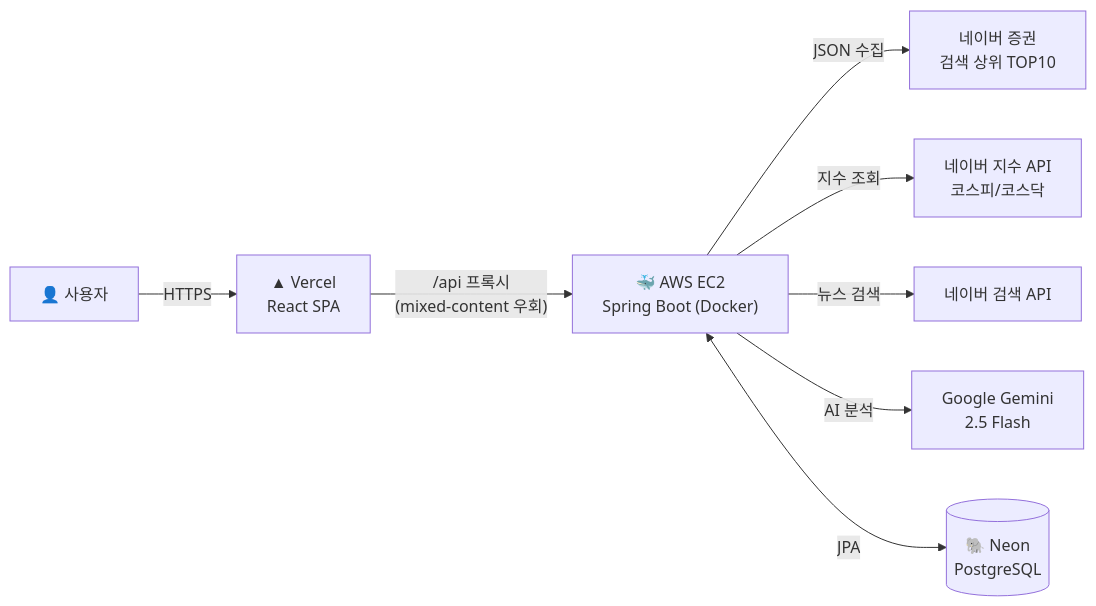
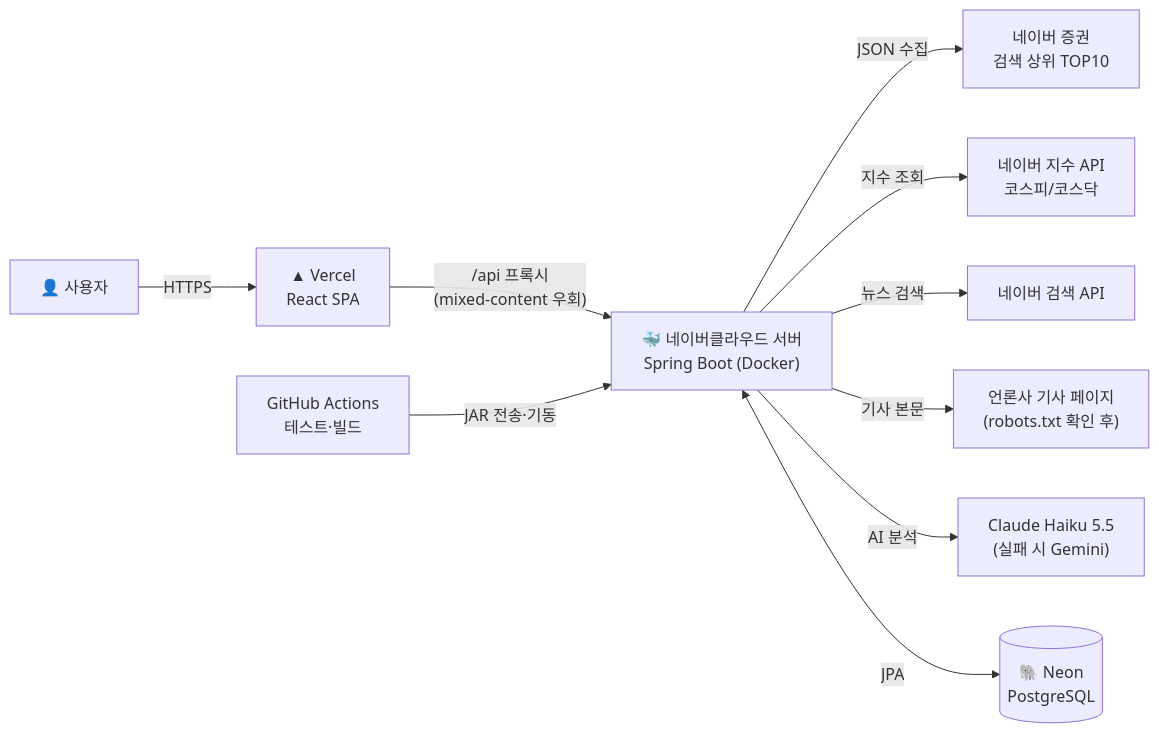
Before and after one commit to zizonpubao/AI_stock_news: the first of 3 diagrams in README.md, drawn with Mermaid. The commit also changed other lines of this file and 2 other files, not shown here.

````diff
--- a/README.md
+++ b/README.md
@@ -166,10 +181,12 @@
 ```mermaid
 flowchart LR
     U["👤 사용자"] -->|HTTPS| V["▲ Vercel<br/>React SPA"]
-    V -->|"/api 프록시<br/>(mixed-content 우회)"| E["🐳 AWS EC2<br/>Spring Boot (Docker)"]
+    V -->|"/api 프록시<br/>(mixed-content 우회)"| E["🐳 네이버클라우드 서버<br/>Spring Boot (Docker)"]
     E -->|JSON 수집| NF["네이버 증권<br/>검색 상위 TOP10"]
     E -->|지수 조회| IDX["네이버 지수 API<br/>코스피/코스닥"]
     E -->|뉴스 검색| NN["네이버 검색 API"]
-    E -->|AI 분석| G["Google Gemini<br/>2.5 Flash"]
+    E -->|기사 본문| PUB["언론사 기사 페이지<br/>(robots.txt 확인 후)"]
+    E -->|AI 분석| G["Claude Haiku 5.5<br/>(실패 시 Gemini)"]
+    GH["GitHub Actions<br/>테스트·빌드"] -->|JAR 전송·기동| E
     E <-->|JPA| DB[("🐘 Neon<br/>PostgreSQL")]
 ```
````
